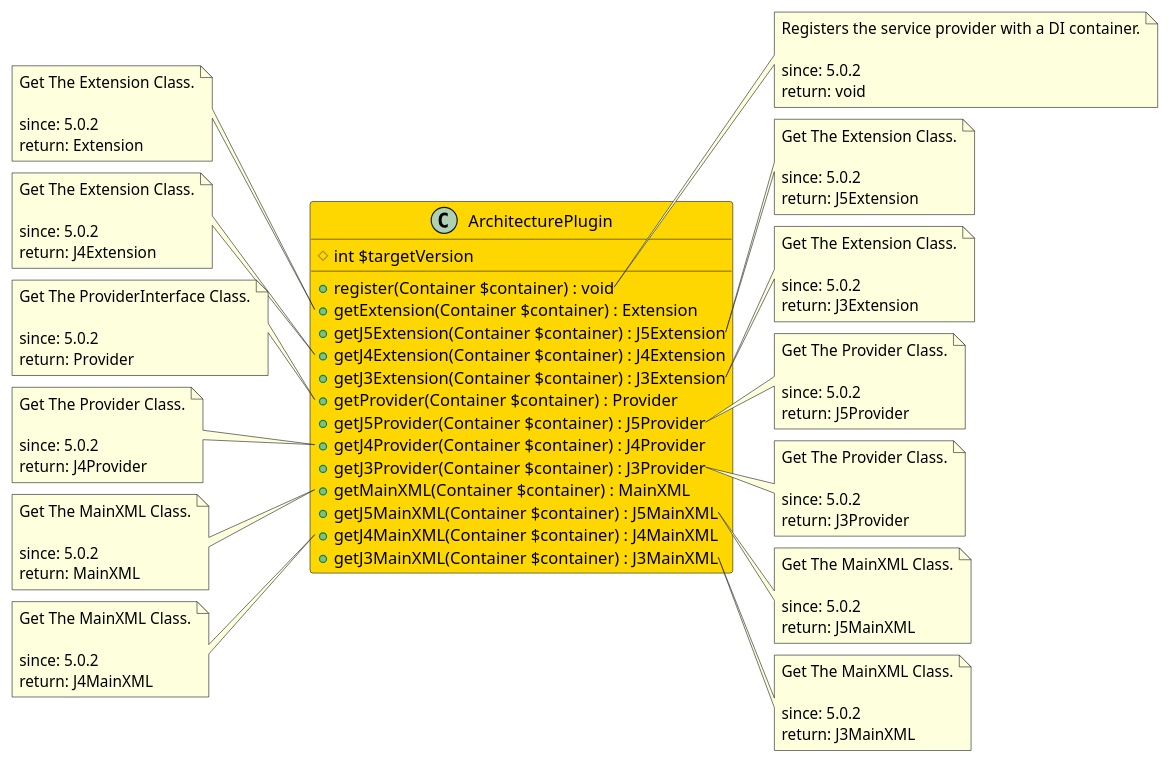
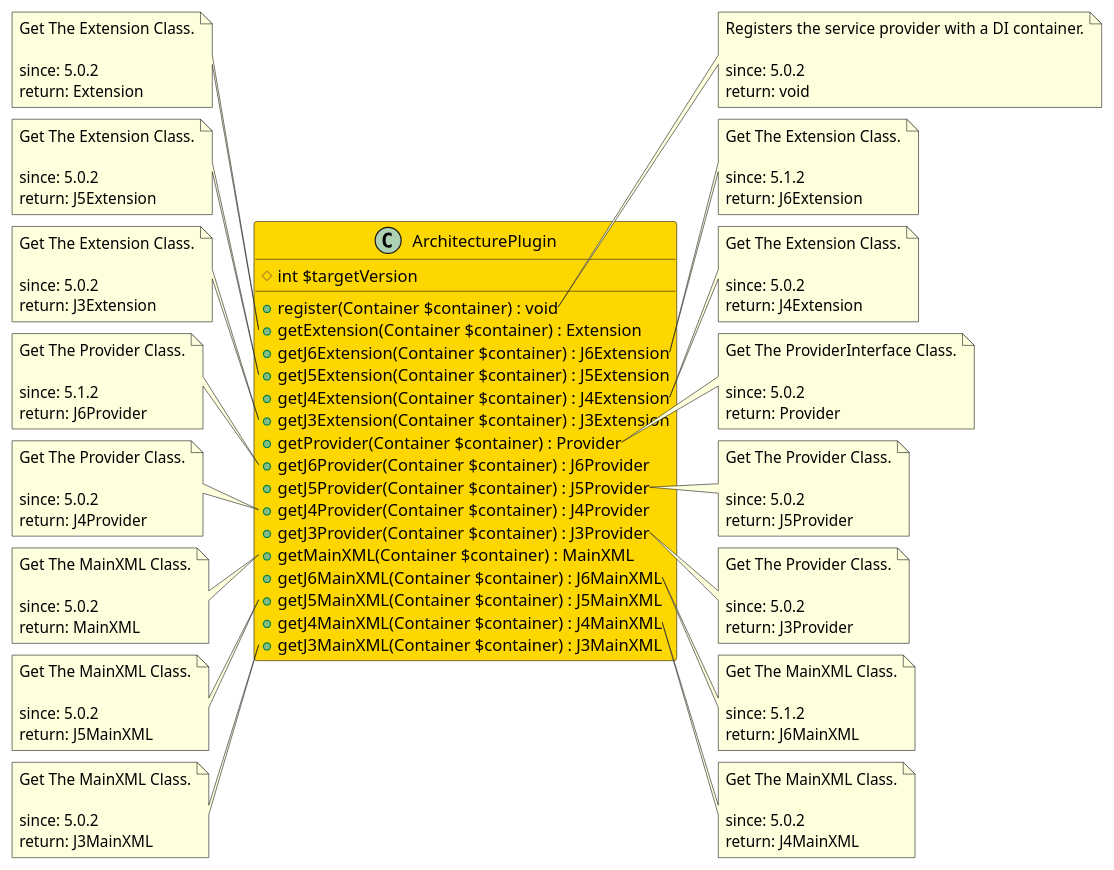
Before and after one commit to joomengine/jcb-compiler: the diagram in src/98ac432d-df19-4c40-bb12-8104ea4362c8/README.md, drawn with PlantUML. The commit also changed 77 other files, not shown here.

```diff
--- a/src/98ac432d-df19-4c40-bb12-8104ea4362c8/README.md
+++ b/src/98ac432d-df19-4c40-bb12-8104ea4362c8/README.md
@@ -9,14 +9,17 @@
   # int $targetVersion
   + register(Container $container) : void
   + getExtension(Container $container) : Extension
+  + getJ6Extension(Container $container) : J6Extension
   + getJ5Extension(Container $container) : J5Extension
   + getJ4Extension(Container $container) : J4Extension
   + getJ3Extension(Container $container) : J3Extension
   + getProvider(Container $container) : Provider
+  + getJ6Provider(Container $container) : J6Provider
   + getJ5Provider(Container $container) : J5Provider
   + getJ4Provider(Container $container) : J4Provider
   + getJ3Provider(Container $container) : J3Provider
   + getMainXML(Container $container) : MainXML
+  + getJ6MainXML(Container $container) : J6MainXML
   + getJ5MainXML(Container $container) : J5MainXML
   + getJ4MainXML(Container $container) : J4MainXML
   + getJ3MainXML(Container $container) : J3MainXML
@@ -36,32 +39,46 @@
   return: Extension
 end note
 
-note right of ArchitecturePlugin::getJ5Extension
+note right of ArchitecturePlugin::getJ6Extension
+  Get The Extension Class.
+
+  since: 5.1.2
+  return: J6Extension
+end note
+
+note left of ArchitecturePlugin::getJ5Extension
   Get The Extension Class.
 
   since: 5.0.2
   return: J5Extension
 end note
 
-note left of ArchitecturePlugin::getJ4Extension
+note right of ArchitecturePlugin::getJ4Extension
   Get The Extension Class.
 
   since: 5.0.2
   return: J4Extension
 end note
 
-note right of ArchitecturePlugin::getJ3Extension
+note left of ArchitecturePlugin::getJ3Extension
   Get The Extension Class.
 
   since: 5.0.2
   return: J3Extension
 end note
 
-note left of ArchitecturePlugin::getProvider
+note right of ArchitecturePlugin::getProvider
   Get The ProviderInterface Class.
 
   since: 5.0.2
   return: Provider
+end note
+
+note left of ArchitecturePlugin::getJ6Provider
+  Get The Provider Class.
+
+  since: 5.1.2
+  return: J6Provider
 end note
 
 note right of ArchitecturePlugin::getJ5Provider
@@ -92,21 +109,28 @@
   return: MainXML
 end note
 
-note right of ArchitecturePlugin::getJ5MainXML
+note right of ArchitecturePlugin::getJ6MainXML
+  Get The MainXML Class.
+
+  since: 5.1.2
+  return: J6MainXML
+end note
+
+note left of ArchitecturePlugin::getJ5MainXML
   Get The MainXML Class.
 
   since: 5.0.2
   return: J5MainXML
 end note
 
-note left of ArchitecturePlugin::getJ4MainXML
+note right of ArchitecturePlugin::getJ4MainXML
   Get The MainXML Class.
 
   since: 5.0.2
   return: J4MainXML
 end note
 
-note right of ArchitecturePlugin::getJ3MainXML
+note left of ArchitecturePlugin::getJ3MainXML
   Get The MainXML Class.
 
   since: 5.0.2
```
